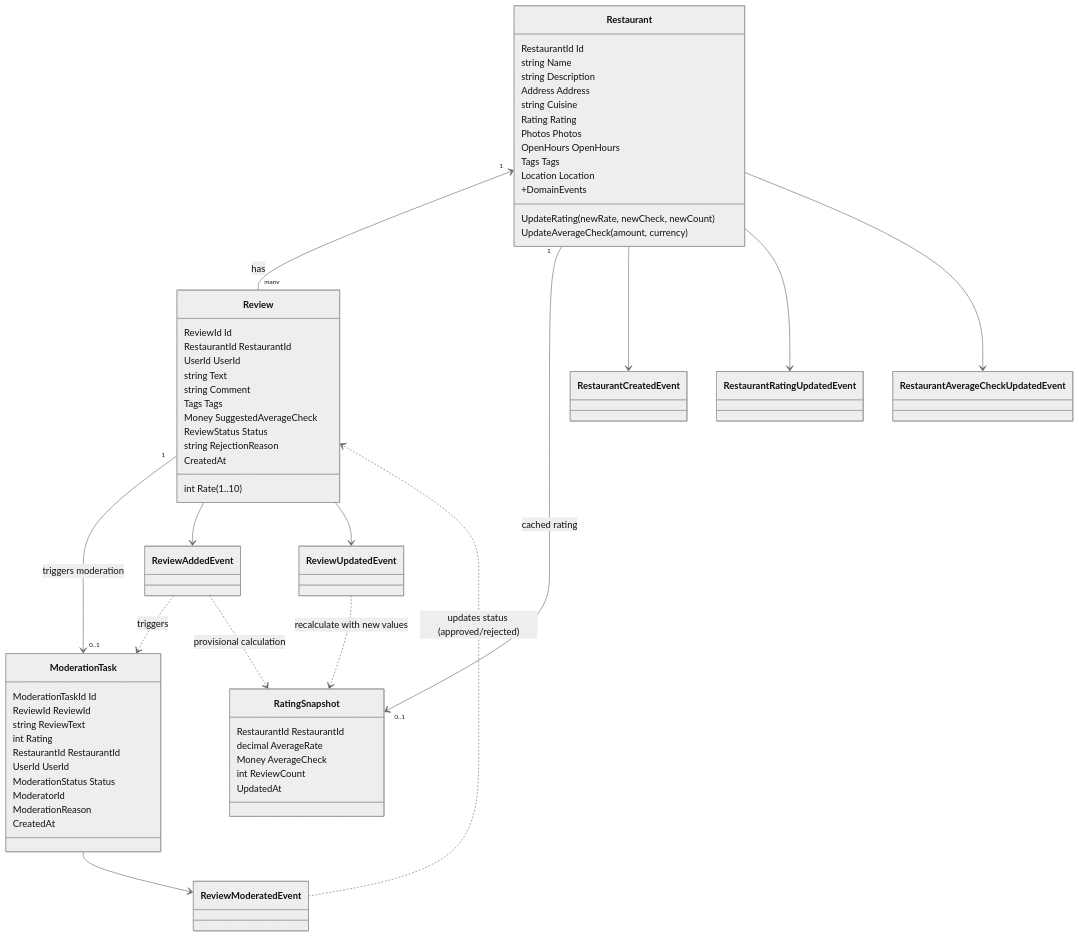
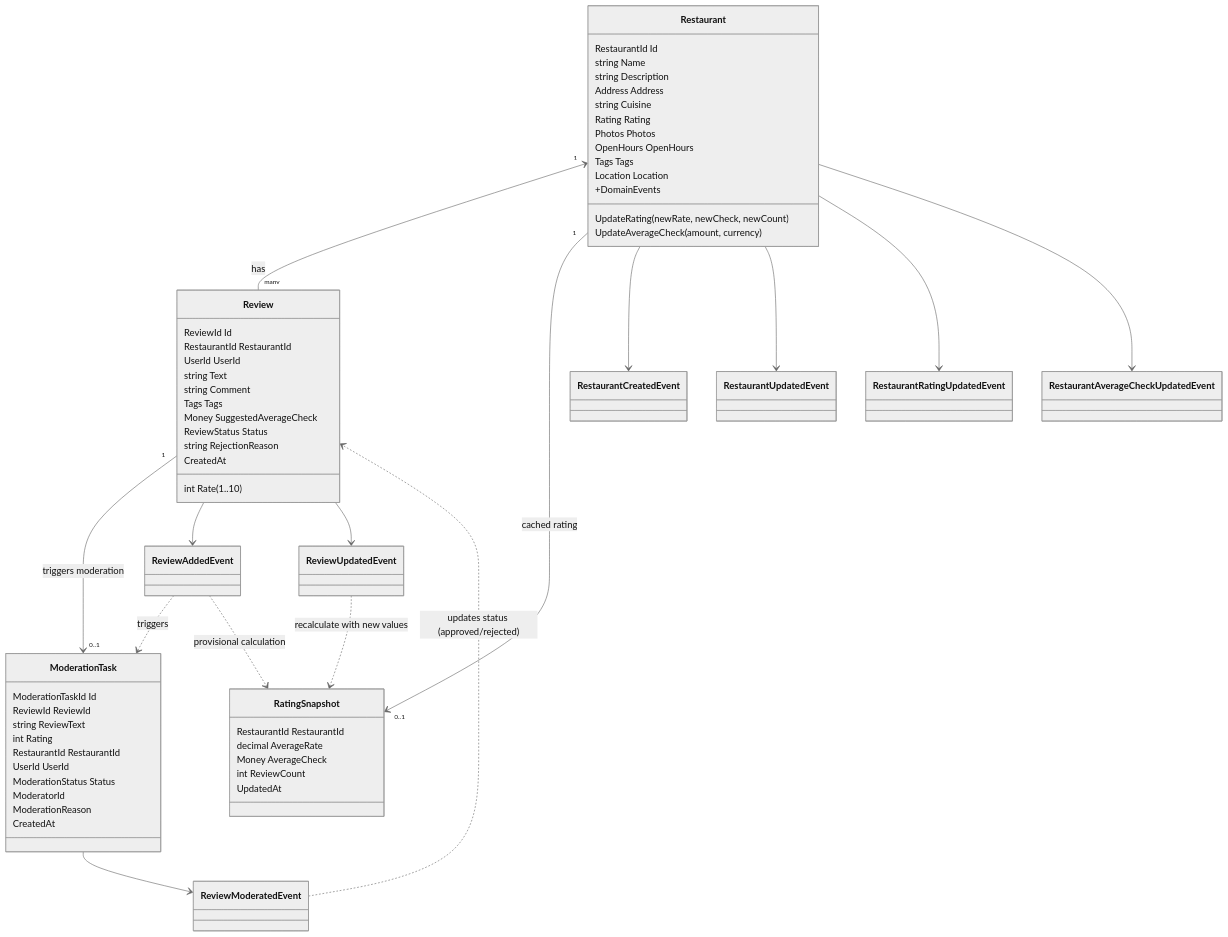
Before and after one commit to bagermoon/otuscode: the fourth of 4 diagrams in docs/diagrams.md, drawn with Mermaid (neutral theme). The commit also changed 4 other files, not shown here.

Commit message:
feat(events): add RestaurantUpdatedEvent to event flow

````diff
--- a/docs/diagrams.md
+++ b/docs/diagrams.md
@@ -182,80 +182,82 @@
     ```mermaid
     classDiagram
         class Restaurant {
             RestaurantId Id
             string Name
             string Description
             Address Address
             string Cuisine
             Rating Rating
             Photos Photos
             OpenHours OpenHours
             Tags Tags
             Location Location
             UpdateRating(newRate, newCheck, newCount)
             UpdateAverageCheck(amount, currency)
             +DomainEvents
         }
 
         class Review {
             ReviewId Id
             RestaurantId RestaurantId
             UserId UserId
             string Text
             int Rate (1..10)
             string Comment
             Tags Tags
             Money SuggestedAverageCheck
             ReviewStatus Status
             string RejectionReason
             CreatedAt
         }
 
         class ModerationTask {
             ModerationTaskId Id
             ReviewId ReviewId
             string ReviewText
             int Rating
             RestaurantId RestaurantId
             UserId UserId
             ModerationStatus Status
             ModeratorId
             ModerationReason
             CreatedAt
         }
 
         class RatingSnapshot {
             RestaurantId RestaurantId
             decimal AverageRate
             Money AverageCheck
             int ReviewCount
             UpdatedAt
         }
 
         %% Domain Events
         class RestaurantCreatedEvent
+        class RestaurantUpdatedEvent
         class RestaurantRatingUpdatedEvent
         class RestaurantAverageCheckUpdatedEvent
         class ReviewAddedEvent
         class ReviewUpdatedEvent
         class ReviewModeratedEvent
 
         %% Relationships
         Restaurant "1" <-- "many" Review : has
         Review "1" --> "0..1" ModerationTask : triggers moderation
         Restaurant "1" --> "0..1" RatingSnapshot : cached rating
 
         %% Event Sources
         Restaurant --> RestaurantCreatedEvent
+        Restaurant --> RestaurantUpdatedEvent
         Restaurant --> RestaurantRatingUpdatedEvent
         Restaurant --> RestaurantAverageCheckUpdatedEvent
         Review --> ReviewAddedEvent
         Review --> ReviewUpdatedEvent
         ModerationTask --> ReviewModeratedEvent
 
         %% Event Flows (Services publish these)
         ReviewAddedEvent ..> ModerationTask : triggers
         ReviewAddedEvent ..> RatingSnapshot : provisional calculation
         ReviewModeratedEvent ..> Review : updates status (approved/rejected)
         ReviewUpdatedEvent ..> RatingSnapshot : recalculate with new values
     ```
````
